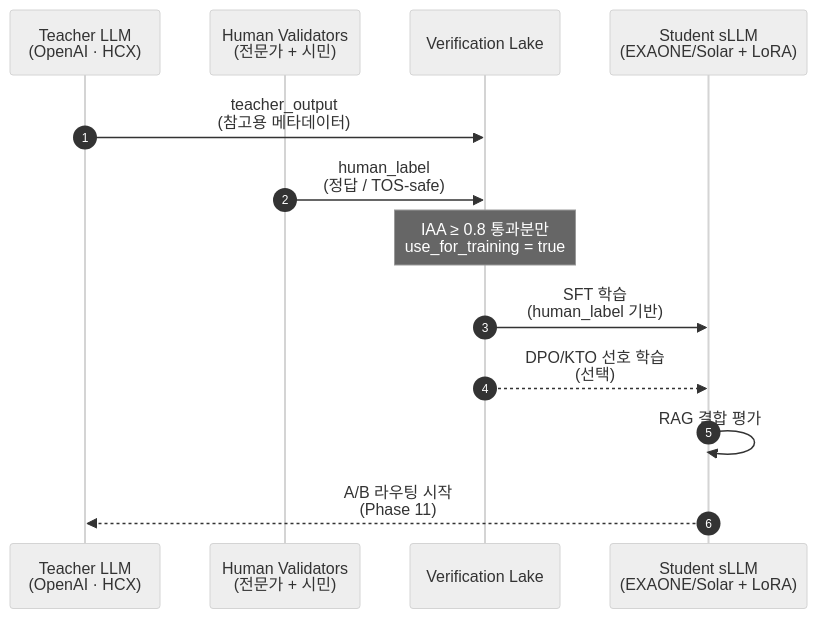
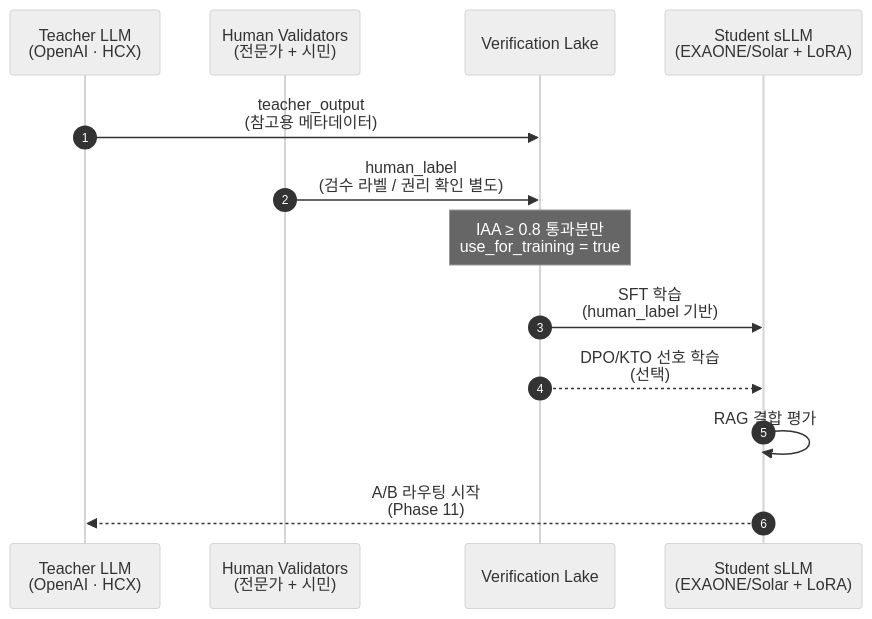
The seventh of 10 diagrams in docs/architecture.md (gbox3d/issue_debugger), drawn with Mermaid (neutral theme) before and after one commit. The commit also changed other lines of this file and 78 other files, not shown here.

````diff
--- a/docs/architecture.md
+++ b/docs/architecture.md
@@ -439,16 +447,16 @@
 ```mermaid
 sequenceDiagram
     autonumber
     participant T as Teacher LLM<br/>(OpenAI · HCX)
     participant H as Human Validators<br/>(전문가 + 시민)
     participant L as Verification Lake
     participant S as Student sLLM<br/>(EXAONE/Solar + LoRA)
 
     T->>L: teacher_output<br/>(참고용 메타데이터)
-    H->>L: human_label<br/>(정답 / TOS-safe)
+    H->>L: human_label<br/>(검수 라벨 / 권리 확인 별도)
     Note over L: IAA ≥ 0.8 통과분만<br/>use_for_training = true
     L->>S: SFT 학습<br/>(human_label 기반)
     L-->>S: DPO/KTO 선호 학습<br/>(선택)
     S->>S: RAG 결합 평가
     S-->>T: A/B 라우팅 시작<br/>(Phase 11)
 ```
````
